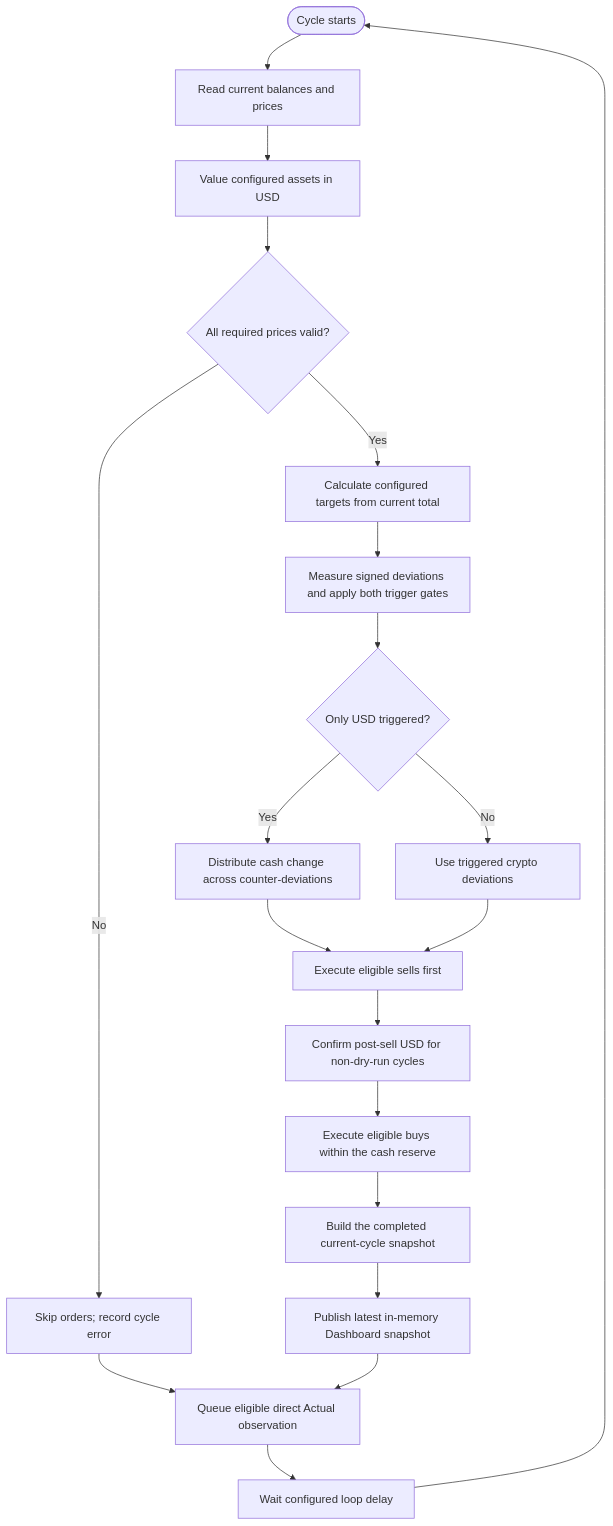
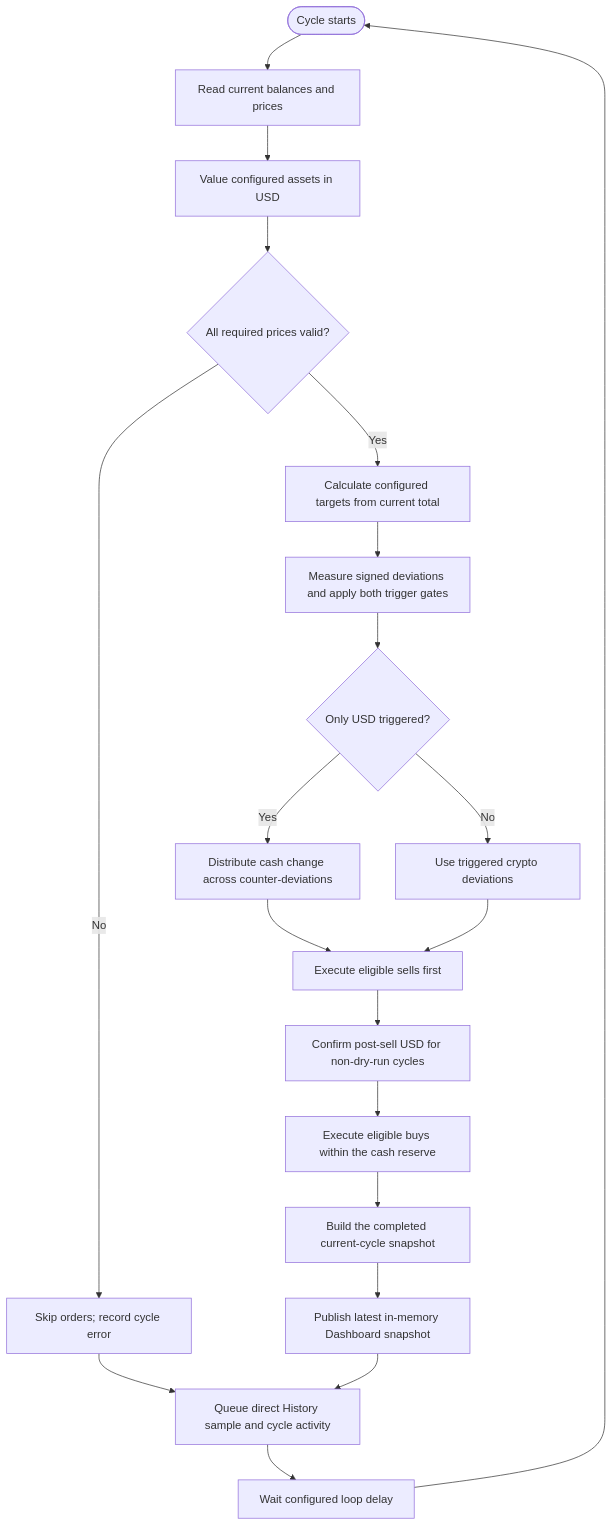
One commit to HyperVon/new-kraken-rebalancer changed the diagram in docs/ALGORITHM.md. Above: the diagram before and after it, drawn with Mermaid. The commit also changed other lines of this file and 213 other files, not shown here.

````diff
--- a/docs/ALGORITHM.md
+++ b/docs/ALGORITHM.md
@@ -12,22 +13,22 @@
 ```mermaid
 flowchart TD
     START([Cycle starts]) --> BAL[Read current balances and prices]
     BAL --> VALUE[Value configured assets in USD]
     VALUE --> VALID{All required prices valid?}
     VALID -- No --> STOP["Skip orders; record cycle error"]
     VALID -- Yes --> TARGET[Calculate configured targets from current total]
     TARGET --> PLAN[Measure signed deviations and apply both trigger gates]
     PLAN --> CORRECT{Only USD triggered?}
     CORRECT -- Yes --> CASH[Distribute cash change across counter-deviations]
     CORRECT -- No --> ORDERS[Use triggered crypto deviations]
     CASH --> SELL[Execute eligible sells first]
     ORDERS --> SELL
     SELL --> SETTLE[Confirm post-sell USD for non-dry-run cycles]
     SETTLE --> BUY[Execute eligible buys within the cash reserve]
     BUY --> SNAP[Build the completed current-cycle snapshot]
-    STOP --> ACTUAL[Queue eligible direct Actual observation]
+    STOP --> HISTORY[Queue direct History sample and cycle activity]
     SNAP --> PUBLISH[Publish latest in-memory Dashboard snapshot]
-    PUBLISH --> ACTUAL
-    ACTUAL --> WAIT[Wait configured loop delay]
+    PUBLISH --> HISTORY
+    HISTORY --> WAIT[Wait configured loop delay]
     WAIT --> START
 ```
````
